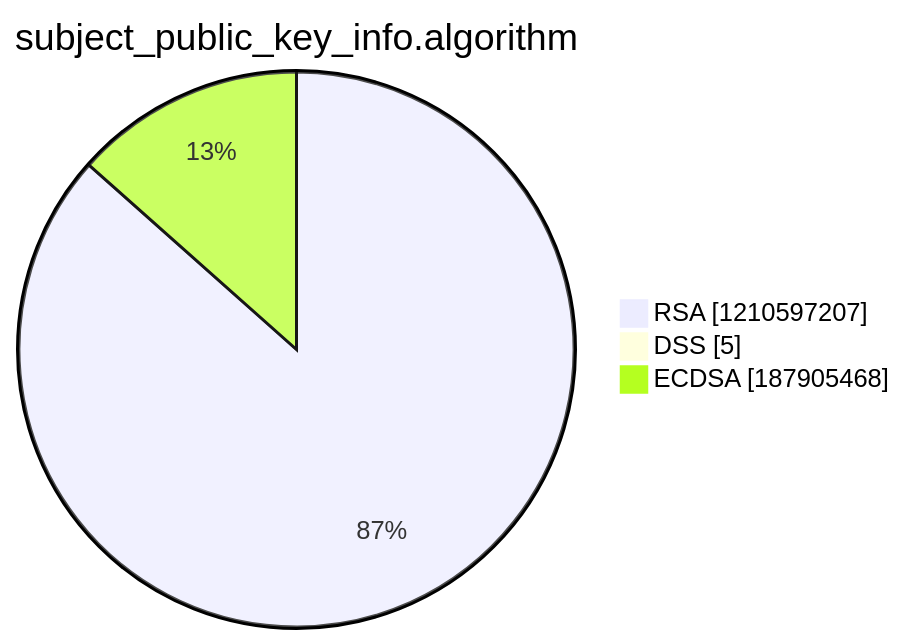
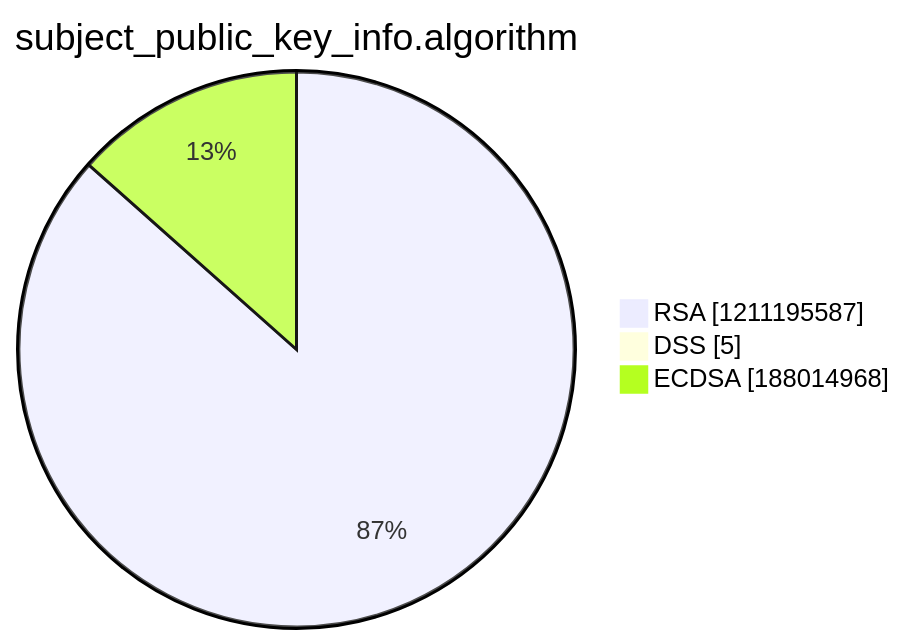
The third of 15 diagrams in argon2022/README.md (christiankrug/ctmonitor_visualization), drawn with Mermaid before and after one commit. The commit also changed other lines of this file, not shown here.

````diff
--- a/argon2022/README.md
+++ b/argon2022/README.md
@@ -14,7 +14,7 @@
 ```mermaid
 pie showData
 title subject_public_key_info.algorithm
-"RSA" :1210597207
+"RSA" :1211195587
 "DSS" :5
-"ECDSA" :187905468
+"ECDSA" :188014968
 ```
````
